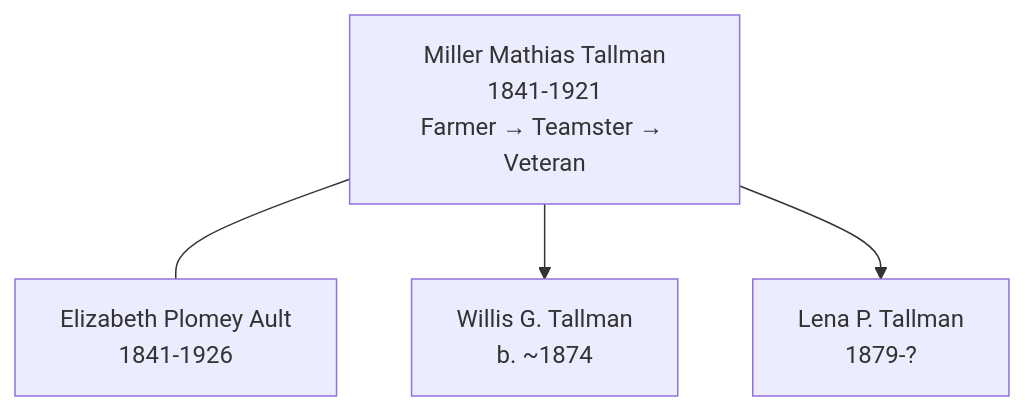
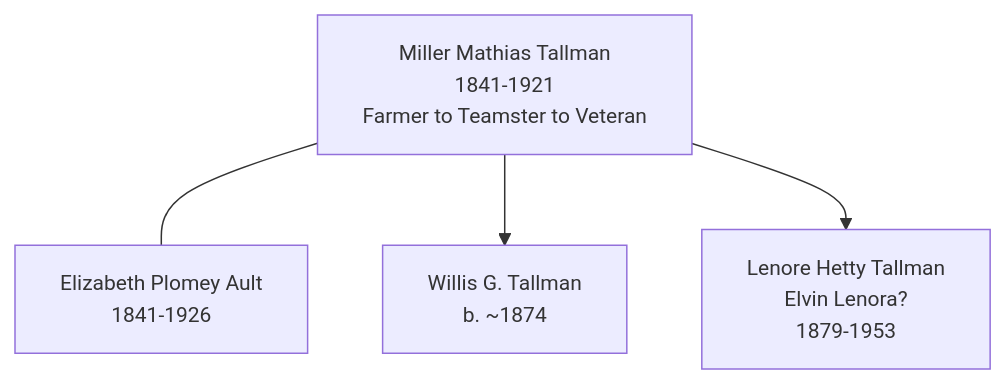
One commit to zcopley/thorpe-family-research changed the diagram in People/Miller Mathias Tallman.md. Above: the diagram before and after it, drawn with Mermaid. The commit also changed other lines of this file and 13 other files, not shown here.

````diff
--- a/People/Miller Mathias Tallman.md
+++ b/People/Miller Mathias Tallman.md
@@ -69,13 +69,13 @@
 ```mermaid
-%%{init: {‘flowchart’: {‘htmlLabels’: true}, ‘theme’: ‘default’, ‘themeVariables’: {‘primaryTextColor’: ‘#000000’, ‘primaryBorderColor’: ‘#333333’, ‘lineColor’: ‘#333333’, ‘fontSize’: ‘14px’}}}%%
+%%{init: {'flowchart': {'htmlLabels': true}, 'theme': 'default', 'themeVariables': {'primaryTextColor': '#000000', 'primaryBorderColor': '#333333', 'lineColor': '#333333', 'fontSize': '14px'}}}%%
 graph TD
-  MMT["Miller Mathias Tallman<br/>1841-1921<br/>Farmer → Teamster → Veteran"]
+  MMT["Miller Mathias Tallman<br/>1841-1921<br/>Farmer to Teamster to Veteran"]
   EPA["Elizabeth Plomey Ault<br/>1841-1926"]
   
   WG["Willis G. Tallman<br/>b. ~1874"]
-  LT["Lena P. Tallman<br/>1879-?"]
+  LT["Lenore Hetty Tallman<br/>Elvin Lenora?<br/>1879-1953"]
   
   MMT --- EPA
   MMT --> WG
   MMT --> LT
 ```
````
